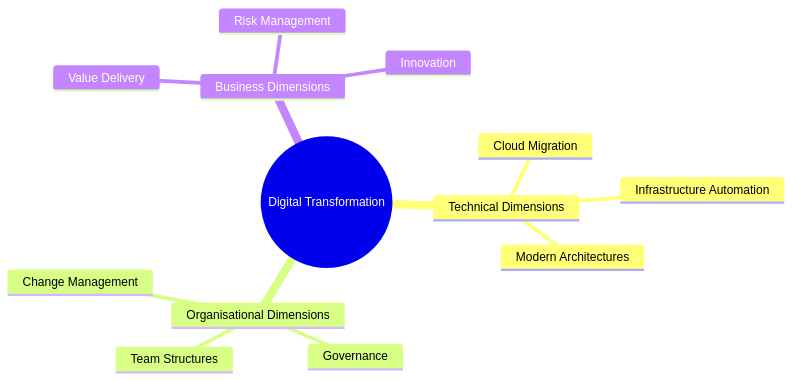
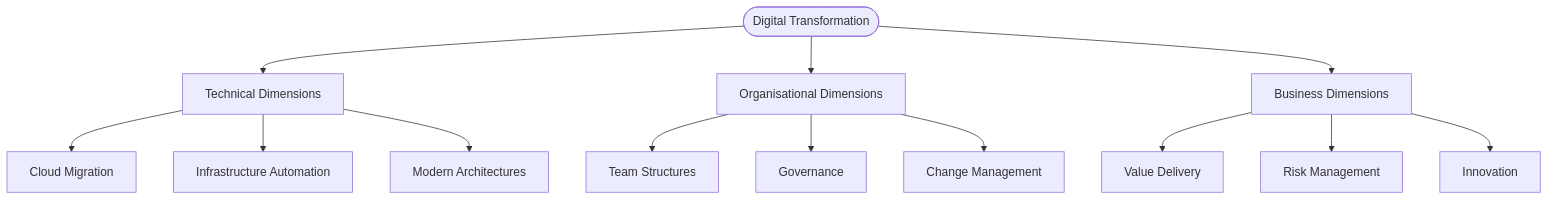
The diagram in docs/images/mindmap_21_digitalisation.mmd (Geonitab/architecture_as_code), drawn with Mermaid before and after one commit. The commit also changed 31 other files, not shown here.

First line of the commit message:
Improve diagram readability: convert mindmaps to graph TD, redesign key diagrams

```diff
--- a/docs/images/mindmap_21_digitalisation.mmd
+++ b/docs/images/mindmap_21_digitalisation.mmd
@@ -1,14 +1,14 @@
-mindmap
-  root((Digital Transformation))
-    Technical Dimensions
-      Cloud Migration
-      Infrastructure Automation
-      Modern Architectures
-    Organisational Dimensions
-      Team Structures
-      Governance
-      Change Management
-    Business Dimensions
-      Value Delivery
-      Risk Management
-      Innovation
+graph TD
+    ROOT(["Digital Transformation"])
+    ROOT --> TD["Technical Dimensions"]
+    ROOT --> OD["Organisational Dimensions"]
+    ROOT --> BD["Business Dimensions"]
+    TD --> TD1["Cloud Migration"]
+    TD --> TD2["Infrastructure Automation"]
+    TD --> TD3["Modern Architectures"]
+    OD --> OD1["Team Structures"]
+    OD --> OD2["Governance"]
+    OD --> OD3["Change Management"]
+    BD --> BD1["Value Delivery"]
+    BD --> BD2["Risk Management"]
+    BD --> BD3["Innovation"]
```
